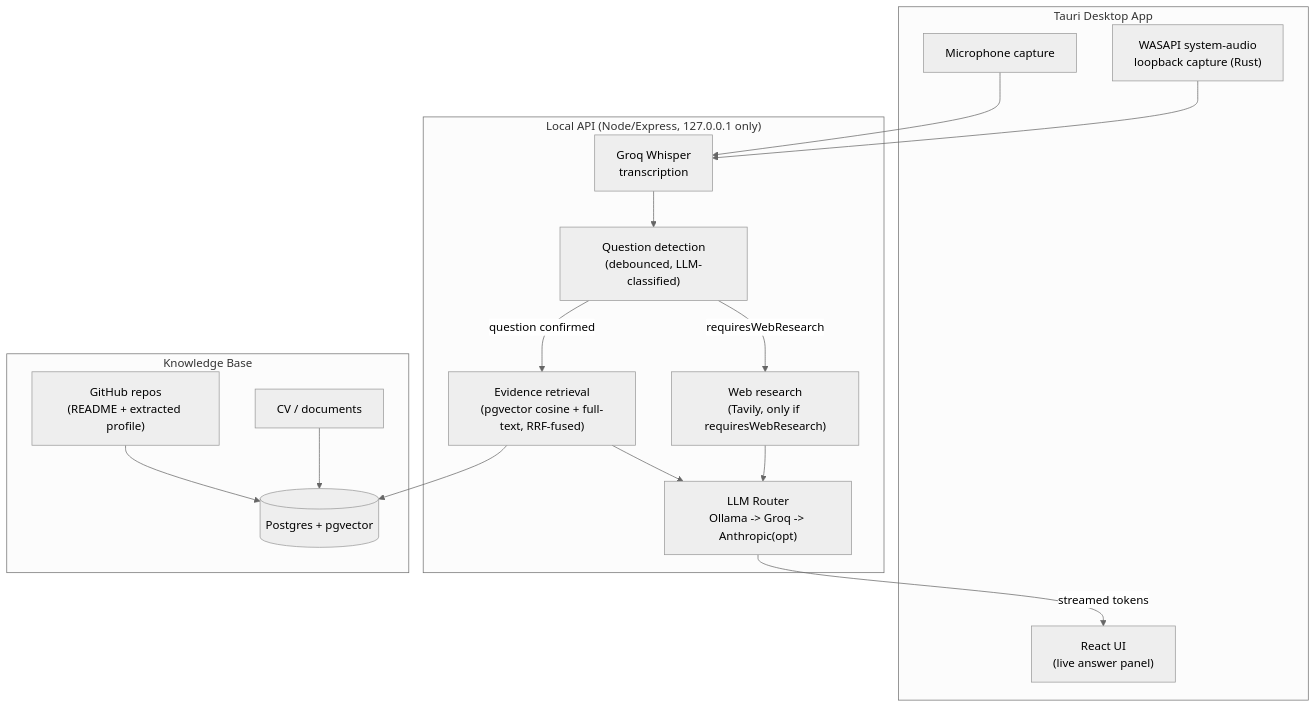
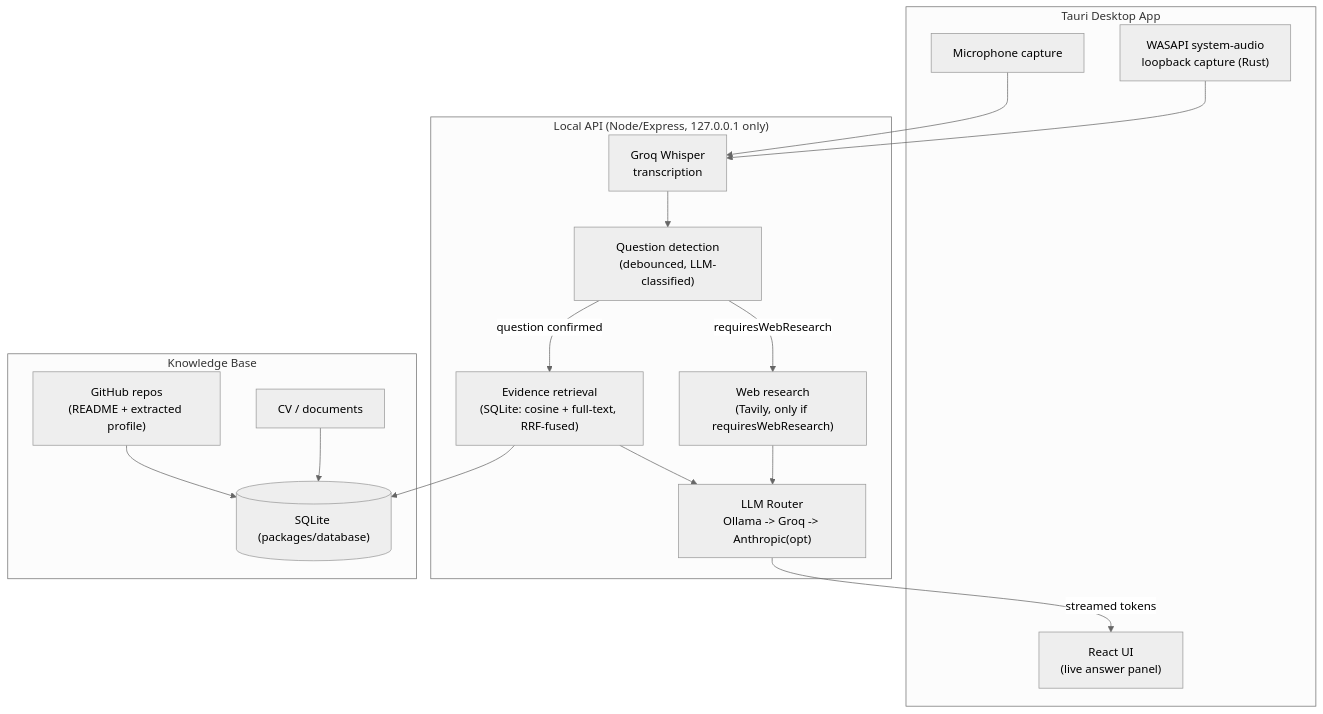
The diagram in README.md (HenryMorganDibie/interview-copilot), drawn with Mermaid (neutral theme) before and after one commit. The commit also changed other lines of this file, not shown here.

````diff
--- a/README.md
+++ b/README.md
@@ -16,34 +16,34 @@
 ```mermaid
 flowchart TD
     subgraph Desktop["Tauri Desktop App"]
         Mic["Microphone capture"]
         Loopback["WASAPI system-audio\nloopback capture (Rust)"]
         UI["React UI\n(live answer panel)"]
     end
 
     subgraph Backend["Local API (Node/Express, 127.0.0.1 only)"]
         Whisper["Groq Whisper\ntranscription"]
         Detect["Question detection\n(debounced, LLM-classified)"]
-        Retrieve["Evidence retrieval\n(pgvector cosine + full-text, RRF-fused)"]
+        Retrieve["Evidence retrieval\n(SQLite: cosine + full-text, RRF-fused)"]
         Router["LLM Router\nOllama -> Groq -> Anthropic(opt)"]
         Web["Web research\n(Tavily, only if requiresWebResearch)"]
     end
 
     subgraph Store["Knowledge Base"]
-        PG[("Postgres + pgvector")]
+        PG[("SQLite (packages/database)")]
         GH["GitHub repos\n(README + extracted profile)"]
         CV["CV / documents"]
     end
 
     Mic --> Whisper
     Loopback --> Whisper
     Whisper --> Detect
     Detect -->|"question confirmed"| Retrieve
     Retrieve --> PG
     GH --> PG
     CV --> PG
     Retrieve --> Router
     Detect -->|"requiresWebResearch"| Web
     Web --> Router
     Router -->|"streamed tokens"| UI
 ```
````
